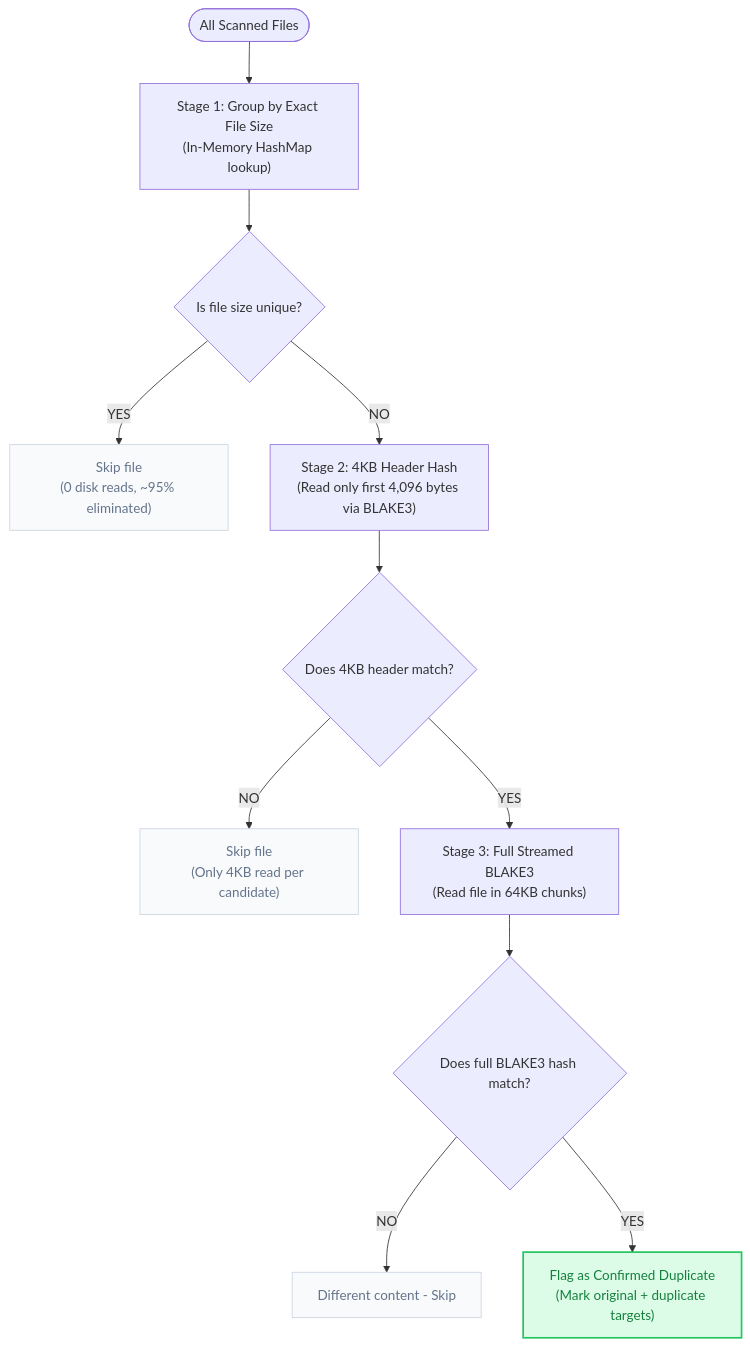
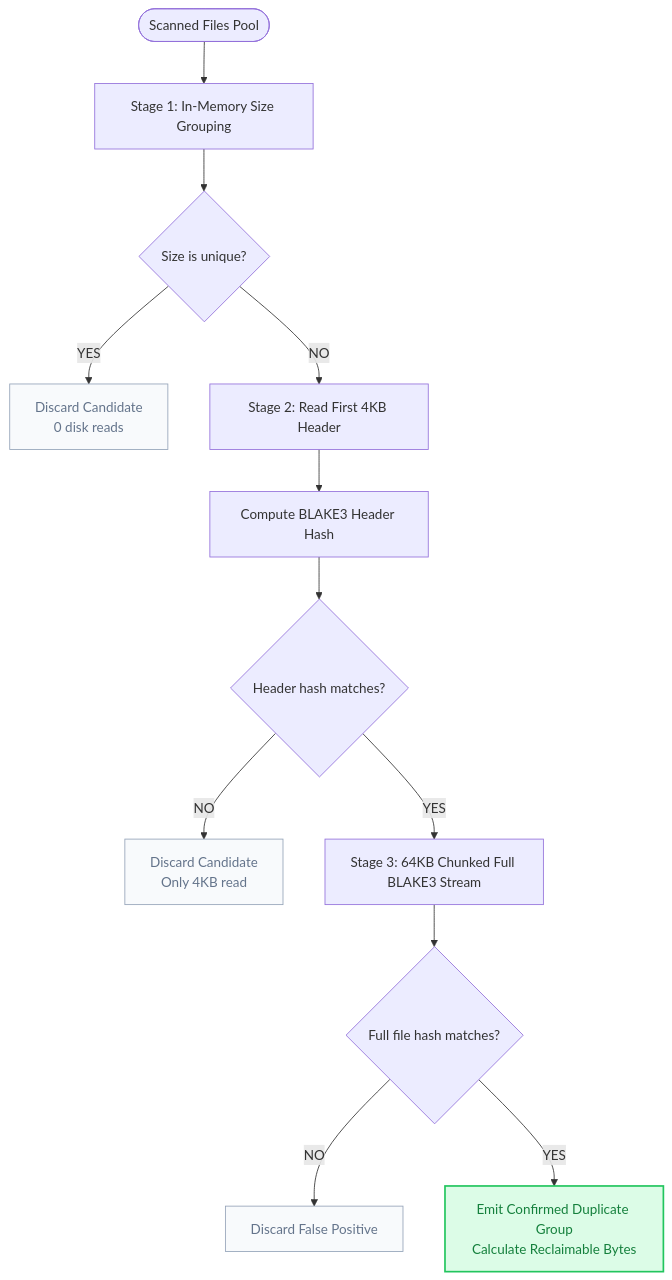
Before and after one commit to ankitpandey1900/ByteMap: the third of 7 diagrams in docs/SYSTEM_DESIGN.md, drawn with Mermaid. The commit also changed other lines of this file, not shown here.

Commit message:
docs: enrich system design specification with in-depth diagrams and architecture models

````diff
--- a/docs/SYSTEM_DESIGN.md
+++ b/docs/SYSTEM_DESIGN.md
@@ -124,21 +194,19 @@
 ```mermaid
 flowchart TD
-    Start([All Scanned Files]) --> Stage1["Stage 1: Group by Exact File Size<br/>(In-Memory HashMap lookup)"]
-    
-    Stage1 --> S1Check{"Is file size unique?"}
-    S1Check -- YES --> Discard1["Skip file<br/>(0 disk reads, ~95% eliminated)"]
-    S1Check -- NO --> Stage2["Stage 2: 4KB Header Hash<br/>(Read only first 4,096 bytes via BLAKE3)"]
-    
-    Stage2 --> S2Check{"Does 4KB header match?"}
-    S2Check -- NO --> Discard2["Skip file<br/>(Only 4KB read per candidate)"]
-    S2Check -- YES --> Stage3["Stage 3: Full Streamed BLAKE3<br/>(Read file in 64KB chunks)"]
-    
-    Stage3 --> S3Check{"Does full BLAKE3 hash match?"}
-    S3Check -- NO --> Discard3["Different content - Skip"]
-    S3Check -- YES --> Confirmed["Flag as Confirmed Duplicate<br/>(Mark original + duplicate targets)"]
+    A([Scanned Files Pool]) --> B[Stage 1: In-Memory Size Grouping]
+    B --> C{Size is unique?}
+    C -- YES --> D[Discard Candidate<br/>0 disk reads]
+    C -- NO --> E[Stage 2: Read First 4KB Header]
+    E --> F[Compute BLAKE3 Header Hash]
+    F --> G{Header hash matches?}
+    G -- NO --> H[Discard Candidate<br/>Only 4KB read]
+    G -- YES --> I[Stage 3: 64KB Chunked Full BLAKE3 Stream]
+    I --> J{Full file hash matches?}
+    J -- NO --> K[Discard False Positive]
+    J -- YES --> L[Emit Confirmed Duplicate Group<br/>Calculate Reclaimable Bytes]
 
-    style Discard1 fill:#f8fafc,stroke:#cbd5e1,color:#64748b
-    style Discard2 fill:#f8fafc,stroke:#cbd5e1,color:#64748b
-    style Discard3 fill:#f8fafc,stroke:#cbd5e1,color:#64748b
-    style Confirmed fill:#dcfce7,stroke:#22c55e,color:#15803d,stroke-width:2px
+    style D fill:#f8fafc,stroke:#94a3b8,color:#64748b
+    style H fill:#f8fafc,stroke:#94a3b8,color:#64748b
+    style K fill:#f8fafc,stroke:#94a3b8,color:#64748b
+    style L fill:#dcfce7,stroke:#22c55e,color:#15803d,stroke-width:2px
 ```
````
